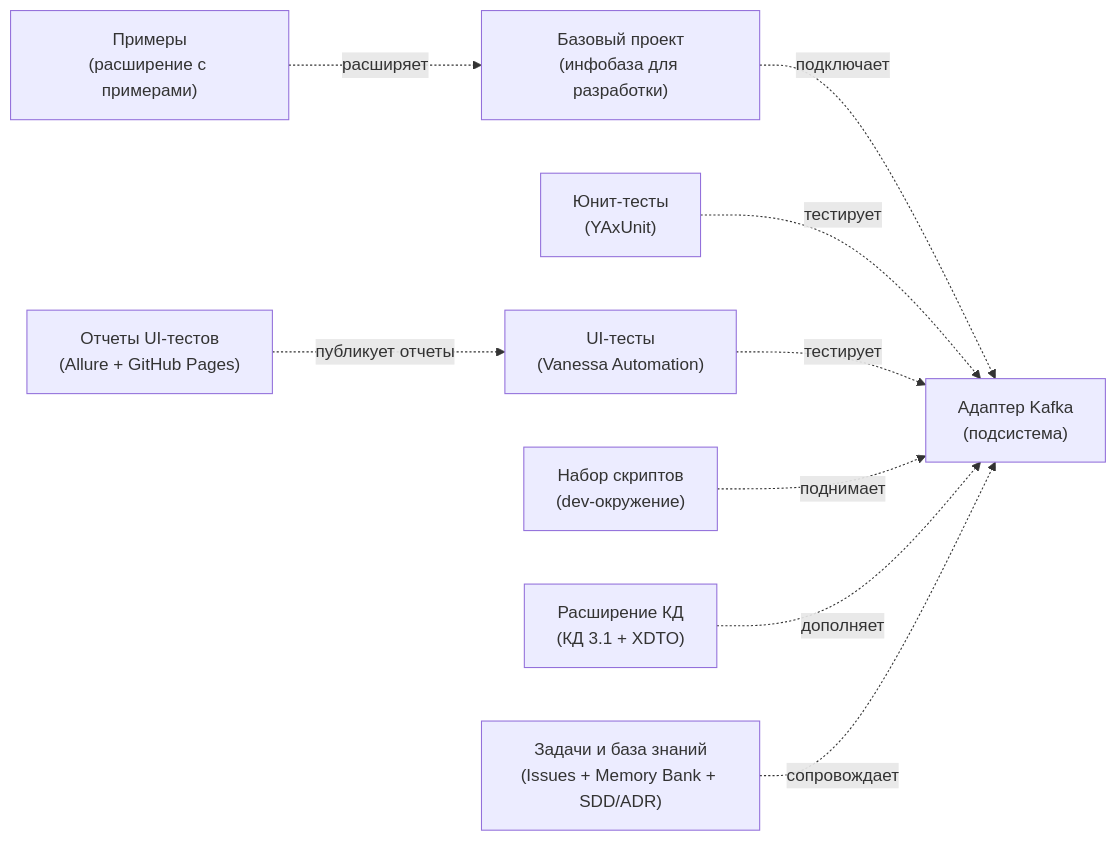
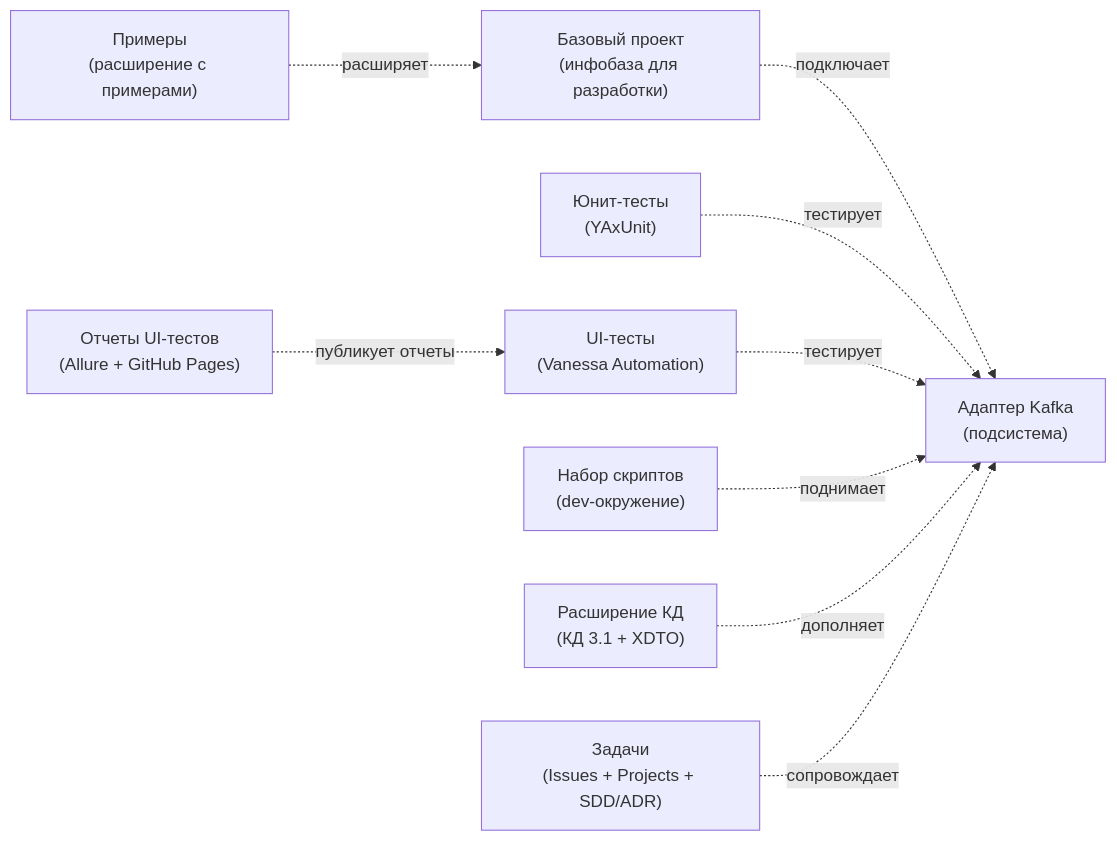
Before and after one commit to ShadobaAI/kafka-adapter: the diagram in docs/project/repositories.md, drawn with Mermaid. The commit also changed other lines of this file, not shown here.

````diff
--- a/docs/project/repositories.md
+++ b/docs/project/repositories.md
@@ -19,21 +19,21 @@
 ```mermaid
 flowchart LR
     ADAPTER["Адаптер Kafka<br/>(подсистема)"]
     BASE["Базовый проект<br/>(инфобаза для разработки)"]
     examples["Примеры<br/>(расширение с примерами)"]
     TESTS_UNIT["Юнит-тесты<br/>(YAxUnit)"]
     TESTS_UI["UI-тесты<br/>(Vanessa Automation)"]
     TESTS_UI_REPORTS["Отчеты UI-тестов<br/>(Allure + GitHub Pages)"]
     TOOLS["Набор скриптов<br/>(dev-окружение)"]
     CONV["Расширение КД<br/>(КД 3.1 + XDTO)"]
-    TASKS["Задачи и база знаний<br/>(Issues + Memory Bank + SDD/ADR)"]
+    TASKS["Задачи<br/>(Issues + Projects + SDD/ADR)"]
 
     BASE -.подключает.-> ADAPTER
     examples -.расширяет.-> BASE
     TESTS_UNIT -.тестирует.-> ADAPTER
     TESTS_UI -.тестирует.-> ADAPTER
     TESTS_UI_REPORTS -.публикует отчеты.-> TESTS_UI
     TOOLS -.поднимает.-> ADAPTER
     CONV -.дополняет.-> ADAPTER
     TASKS -.сопровождает.-> ADAPTER
 ```
````
